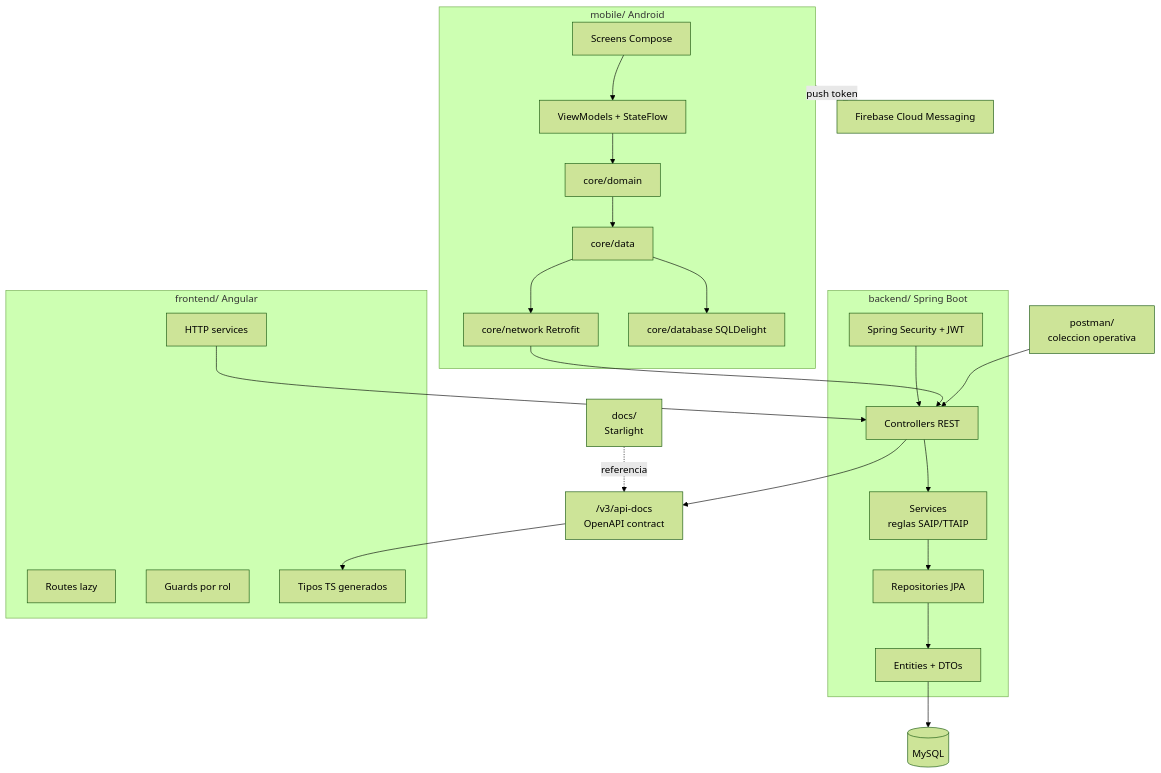
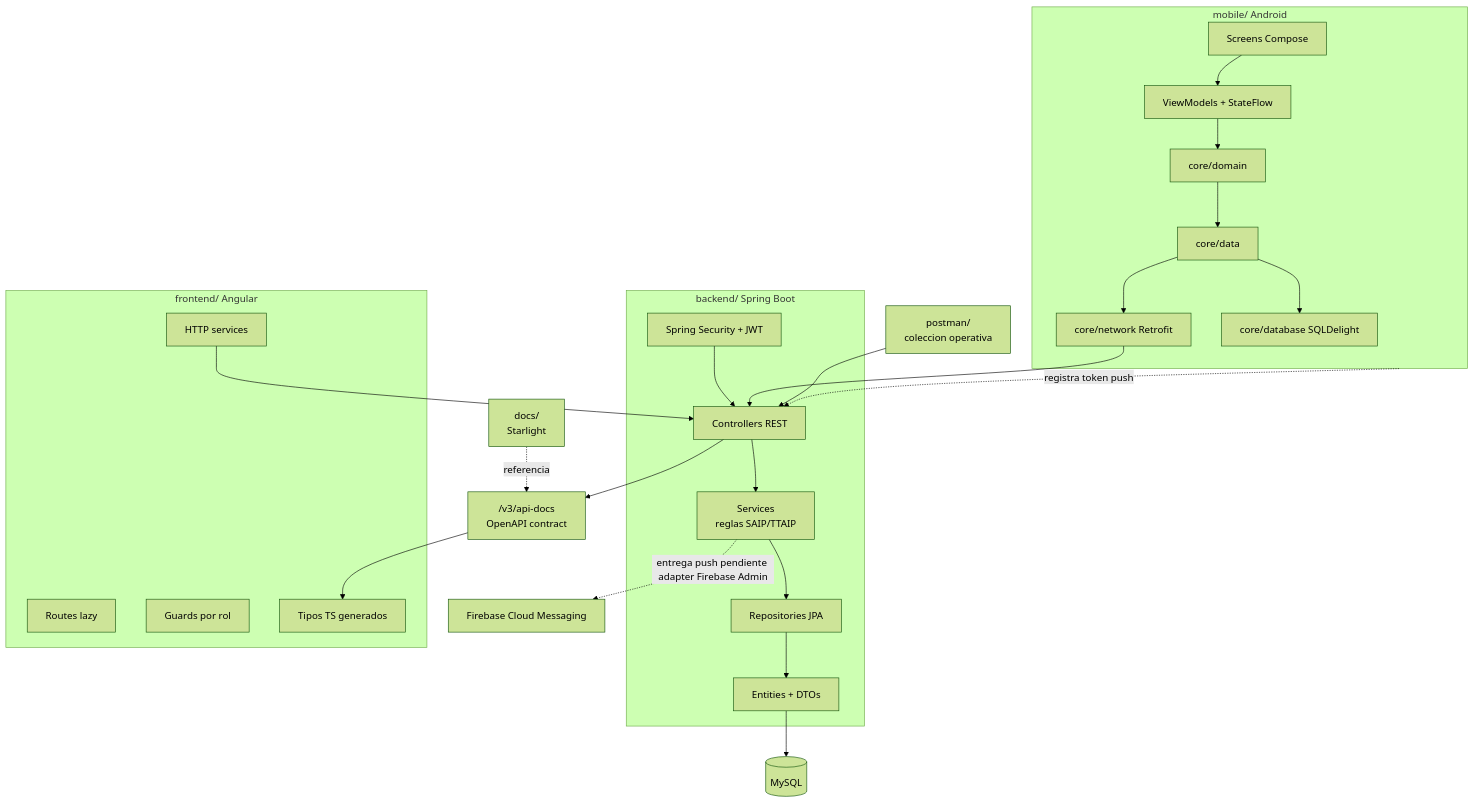
One commit to transparenciapublicadev/plataforma-saip-apelaciones changed the first of 2 diagrams in docs/src/content/docs/introduccion/arquitectura.mdx. Above: the diagram before and after it, drawn with Mermaid (forest theme). The commit also changed 10 other files, not shown here.

````diff
--- a/docs/src/content/docs/introduccion/arquitectura.mdx
+++ b/docs/src/content/docs/introduccion/arquitectura.mdx
@@ -14,46 +14,47 @@
 ```mermaid
 flowchart TB
     subgraph Backend["backend/ Spring Boot"]
         Controllers["Controllers REST"]
         Services["Services\nreglas SAIP/TTAIP"]
         Repos["Repositories JPA"]
         Entities["Entities + DTOs"]
         Security["Spring Security + JWT"]
     end
 
     DB[("MySQL")]
     OpenAPI["/v3/api-docs\nOpenAPI contract"]
 
     subgraph Frontend["frontend/ Angular"]
         Routes["Routes lazy"]
         Guards["Guards por rol"]
         ServicesFE["HTTP services"]
         ModelsTS["Tipos TS generados"]
     end
 
     subgraph Mobile["mobile/ Android"]
         Compose["Screens Compose"]
         ViewModels["ViewModels + StateFlow"]
         Domain["core/domain"]
         Data["core/data"]
         Network["core/network Retrofit"]
         LocalDB["core/database SQLDelight"]
     end
 
     Postman["postman/\ncoleccion operativa"]
     Docs["docs/\nStarlight"]
     FCM["Firebase Cloud Messaging"]
 
     Security --> Controllers --> Services --> Repos --> Entities --> DB
     Controllers --> OpenAPI
     OpenAPI --> ModelsTS
     ServicesFE --> Controllers
     Network --> Controllers
     Data --> Network
     Data --> LocalDB
     ViewModels --> Domain --> Data
     Compose --> ViewModels
     Postman --> Controllers
     Docs -. referencia .-> OpenAPI
-    Mobile -. push token .-> FCM
+    Mobile -. registra token push .-> Controllers
+    Services -. entrega push pendiente adapter Firebase Admin .-> FCM
 ```
````
